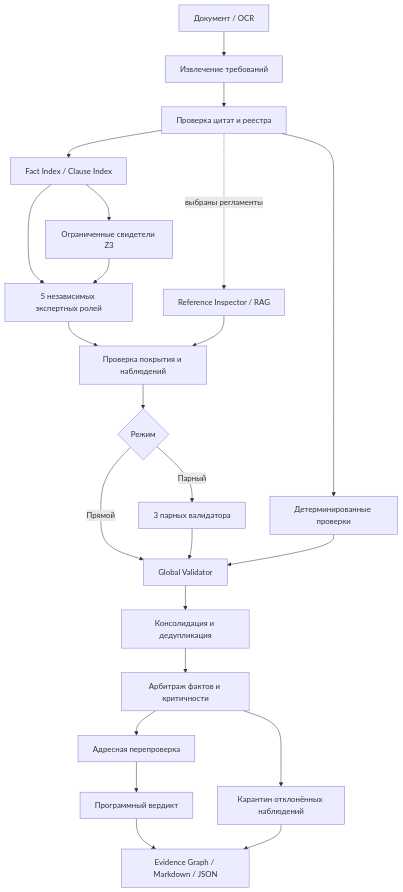
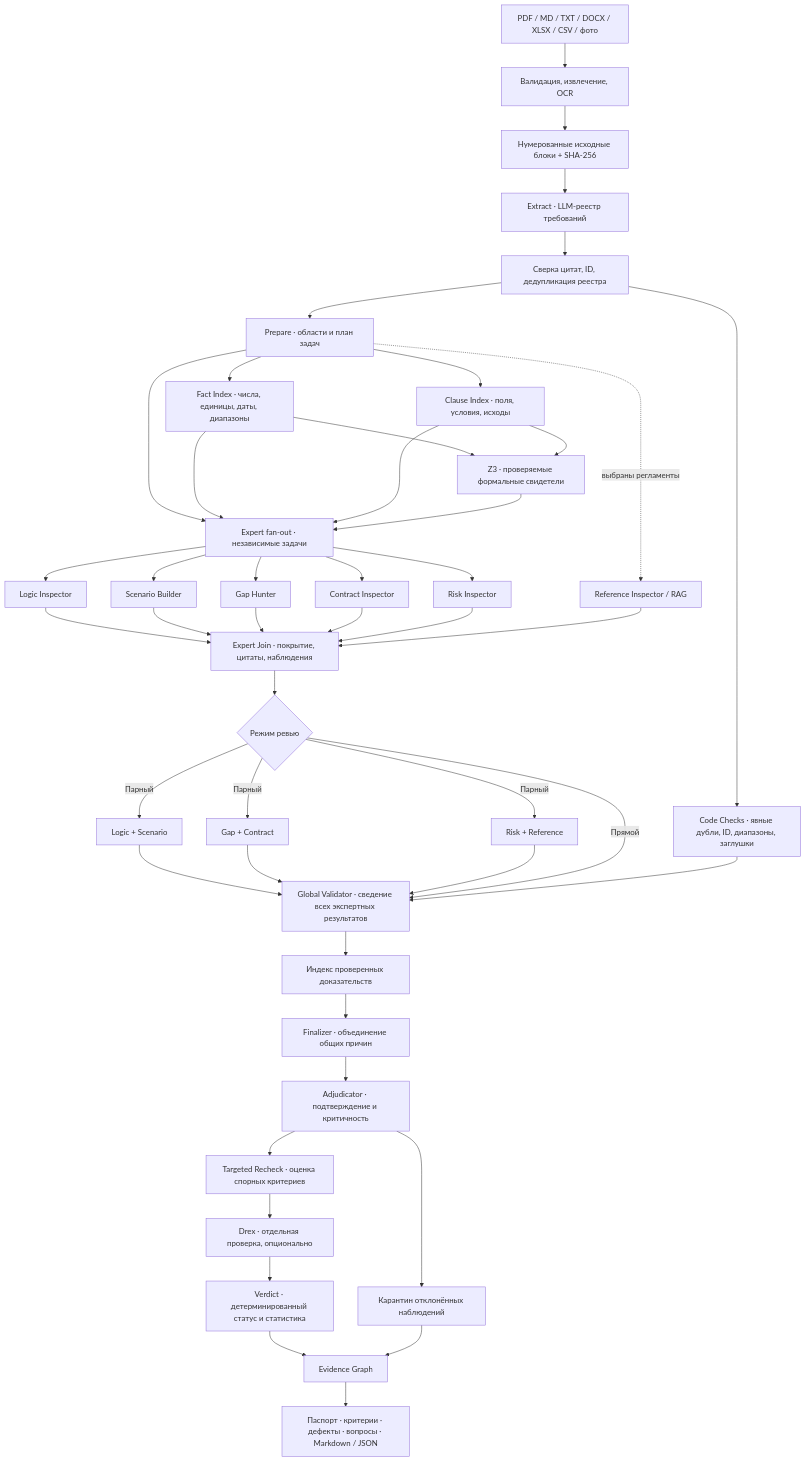
Before and after one commit to Feruum/Darumleye: the second of 8 diagrams in README.md, drawn with Mermaid. The commit also changed other lines of this file, not shown here.

Commit message:
docs: describe complete Spec Review architecture and pipeline

````diff
--- a/README.md
+++ b/README.md
@@ -54,22 +94,36 @@
 ```mermaid
 flowchart TD
-    IN[Документ / OCR] --> EX[Извлечение требований]
-    EX --> E[Проверка цитат и реестра]
-    E --> FACT[Fact Index / Clause Index]
-    FACT --> Z[Ограниченные свидетели Z3]
-    FACT & Z --> EXP[5 независимых экспертных ролей]
-    E -. выбраны регламенты .-> REF[Reference Inspector / RAG]
-    EXP & REF --> JOIN[Проверка покрытия и наблюдений]
-    JOIN --> MODE{Режим}
-    MODE -->|Парный| PAIR[3 парных валидатора]
-    MODE -->|Прямой| V[Global Validator]
-    PAIR --> V
-    E --> RULE[Детерминированные проверки]
-    RULE --> V
-    V --> FIN[Консолидация и дедупликация]
-    FIN --> ARB[Арбитраж фактов и критичности]
-    ARB --> Q[Карантин отклонённых наблюдений]
-    ARB --> RE[Адресная перепроверка]
-    RE --> VER[Программный вердикт]
-    VER & Q --> GRAPH[Evidence Graph / Markdown / JSON]
+    IN["PDF / MD / TXT / DOCX / XLSX / CSV / фото"] --> PARSE["Валидация, извлечение, OCR"]
+    PARSE --> SRC["Нумерованные исходные блоки + SHA-256"]
+    SRC --> EXT["Extract · LLM-реестр требований"]
+    EXT --> CHECK["Сверка цитат, ID, дедупликация реестра"]
+    CHECK --> PREP["Prepare · области и план задач"]
+    PREP --> FACT["Fact Index · числа, единицы, даты, диапазоны"]
+    PREP --> CLAUSE["Clause Index · поля, условия, исходы"]
+    FACT & CLAUSE --> Z3["Z3 · проверяемые формальные свидетели"]
+    PREP & FACT & CLAUSE & Z3 --> EXP["Expert fan-out · независимые задачи"]
+    EXP --> L["Logic Inspector"]
+    EXP --> S["Scenario Builder"]
+    EXP --> G["Gap Hunter"]
+    EXP --> C["Contract Inspector"]
+    EXP --> R["Risk Inspector"]
+    PREP -. "выбраны регламенты" .-> REF["Reference Inspector / RAG"]
+    L & S & G & C & R & REF --> JOIN["Expert Join · покрытие, цитаты, наблюдения"]
+    JOIN --> MODE{"Режим ревью"}
+    MODE -->|"Парный"| P1["Logic + Scenario"]
+    MODE -->|"Парный"| P2["Gap + Contract"]
+    MODE -->|"Парный"| P3["Risk + Reference"]
+    P1 & P2 & P3 --> GLOBAL["Global Validator · сведение всех экспертных результатов"]
+    MODE -->|"Прямой"| GLOBAL
+    CHECK --> STATIC["Code Checks · явные дубли, ID, диапазоны, заглушки"]
+    STATIC --> GLOBAL
+    GLOBAL --> IDX["Индекс проверенных доказательств"]
+    IDX --> FIN["Finalizer · объединение общих причин"]
+    FIN --> ARB["Adjudicator · подтверждение и критичность"]
+    ARB --> QUAR["Карантин отклонённых наблюдений"]
+    ARB --> RECHECK["Targeted Recheck · оценка спорных критериев"]
+    RECHECK --> DEC["Drex · отдельная проверка, опционально"]
+    DEC --> VER["Verdict · детерминированный статус и статистика"]
+    VER & QUAR --> GRAPH["Evidence Graph"]
+    GRAPH --> OUTPUT["Паспорт · критерии · дефекты · вопросы · Markdown / JSON"]
 ```
````
